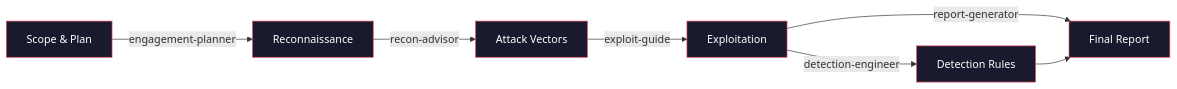
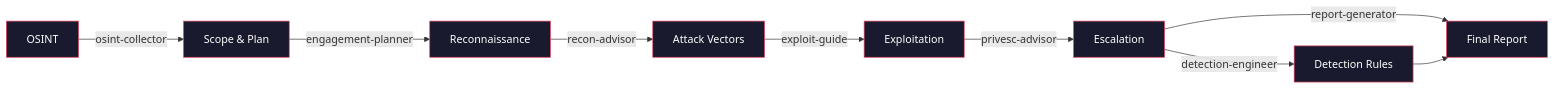
Before and after one commit to ogeidr/pt-ai: the first of 2 diagrams in README.md, drawn with Mermaid. The commit also changed other lines of this file and 8 other files, not shown here.

````diff
--- a/README.md
+++ b/README.md
@@ -130,16 +179,20 @@
 ```mermaid
 graph LR
-    A[Scope & Plan] -->|engagement-planner| B[Reconnaissance]
-    B -->|recon-advisor| C[Attack Vectors]
-    C -->|exploit-guide| D[Exploitation]
-    D -->|detection-engineer| E[Detection Rules]
-    D -->|report-generator| F[Final Report]
-    E --> F
+    A[OSINT] -->|osint-collector| B[Scope & Plan]
+    B -->|engagement-planner| C[Reconnaissance]
+    C -->|recon-advisor| D[Attack Vectors]
+    D -->|exploit-guide| E[Exploitation]
+    E -->|privesc-advisor| F[Escalation]
+    F -->|detection-engineer| G[Detection Rules]
+    F -->|report-generator| H[Final Report]
+    G --> H
 
     style A fill:#1a1a2e,stroke:#e94560,color:#fff
     style B fill:#1a1a2e,stroke:#e94560,color:#fff
     style C fill:#1a1a2e,stroke:#e94560,color:#fff
     style D fill:#1a1a2e,stroke:#e94560,color:#fff
     style E fill:#1a1a2e,stroke:#e94560,color:#fff
     style F fill:#1a1a2e,stroke:#e94560,color:#fff
+    style G fill:#1a1a2e,stroke:#e94560,color:#fff
+    style H fill:#1a1a2e,stroke:#e94560,color:#fff
 ```
````
